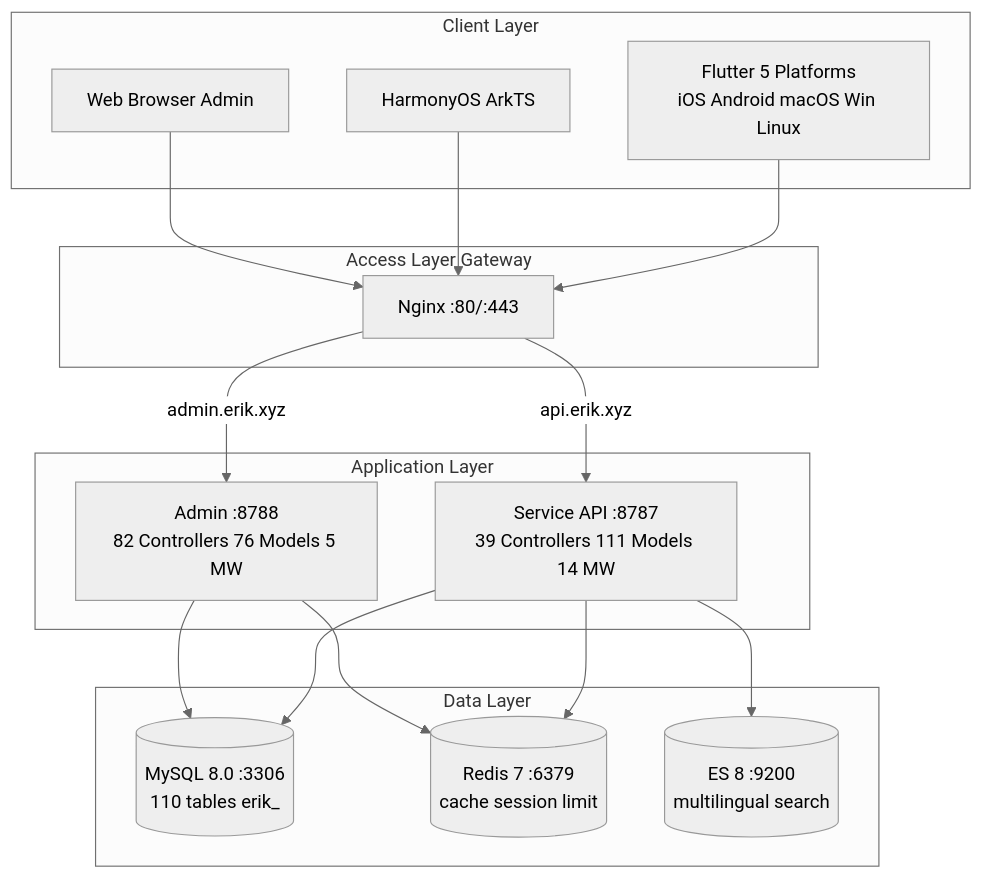
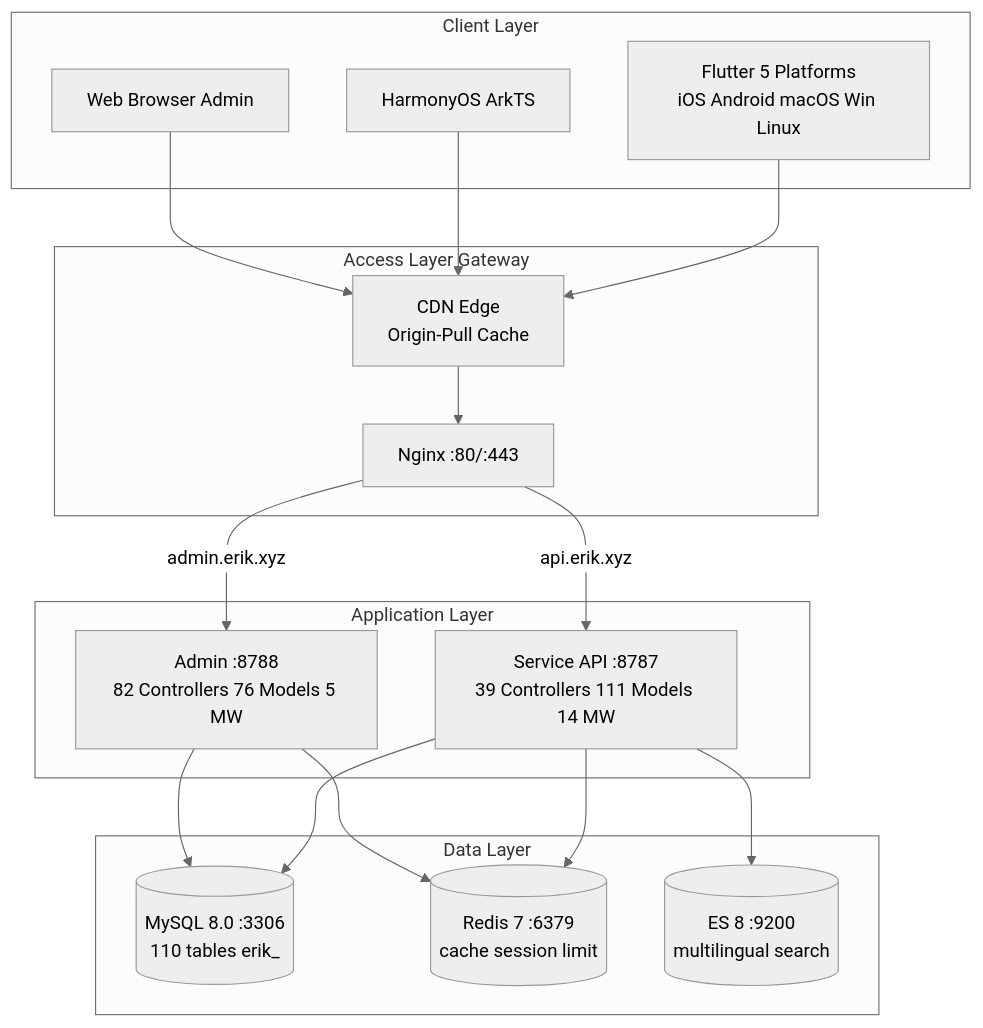
One commit to erikwang2013/erik-shop changed the first of 6 diagrams in docs/i18n/en/architecture-full.md. Above: the diagram before and after it, drawn with Mermaid (neutral theme). The commit also changed other lines of this file and 191 other files, not shown here.

First line of the commit message:
v1.2.0：CDN 内容分发接入（Origin-Pull 回源 + 四大云厂商适配 + 管理端配置/刷新/日志 + 上传持久化 + 全文档与12语言i18n同步 + Crypto 捐赠图文入库）

````diff
--- a/docs/i18n/en/architecture-full.md
+++ b/docs/i18n/en/architecture-full.md
@@ -38,30 +38,32 @@
 ```mermaid
 graph TD
     subgraph Clients[Client Layer]
         F[Flutter 5 Platforms<br/>iOS Android macOS Win Linux]
         H[HarmonyOS ArkTS]
         W[Web Browser Admin]
     end
     subgraph Gateway[Access Layer Gateway]
+        CDN[CDN Edge<br/>Origin-Pull Cache]
         N[Nginx :80/:443]
     end
     subgraph Apps[Application Layer]
         S[Service API :8787<br/>39 Controllers 111 Models 14 MW]
         A[Admin :8788<br/>82 Controllers 76 Models 5 MW]
     end
     subgraph Data[Data Layer]
         M[(MySQL 8.0 :3306<br/>110 tables erik_)]
         R[(Redis 7 :6379<br/>cache session limit)]
         E[(ES 8 :9200<br/>multilingual search)]
     end
-    F --> N
-    H --> N
-    W --> N
+    F --> CDN
+    H --> CDN
+    W --> CDN
+    CDN --> N
     N -->|api.erik.xyz| S
     N -->|admin.erik.xyz| A
     S --> M
     S --> R
     S --> E
     A --> M
     A --> R
 ```
````
